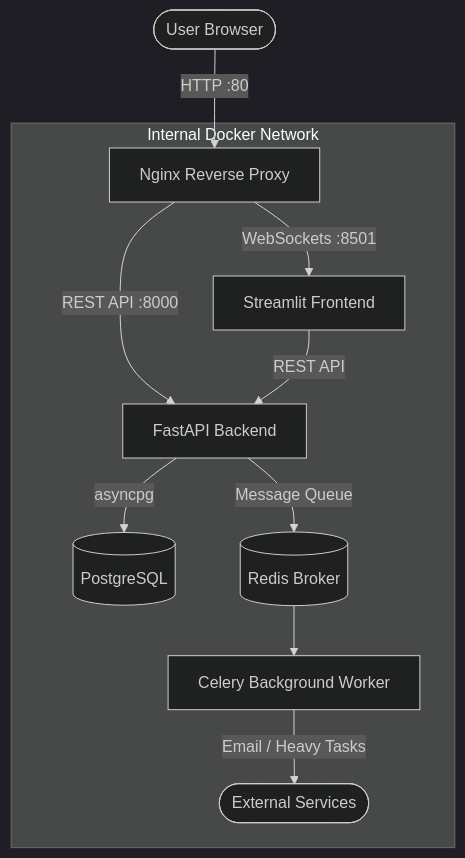
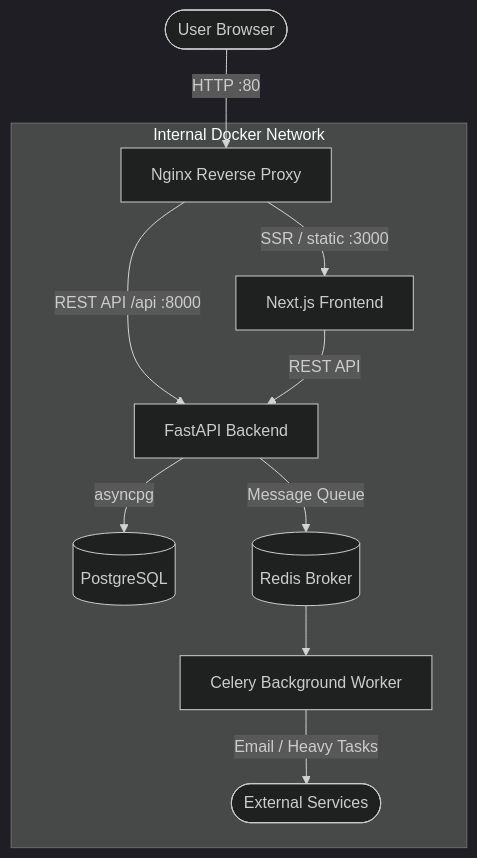
Before and after one commit to AdityaKishore0698/payment-wallet-app: the first of 2 diagrams in README.md, drawn with Mermaid (dark theme). The commit also changed other lines of this file and 1 other file, not shown here.

First line of the commit message:
docs: update README for Next.js; add claude.md progress log

````diff
--- a/README.md
+++ b/README.md
@@ -21,16 +21,16 @@
 ```mermaid
 graph TD
     Client([User Browser]) -->|HTTP :80| Nginx[Nginx Reverse Proxy]
     
     subgraph Internal Docker Network
-        Nginx -->|WebSockets :8501| Streamlit[Streamlit Frontend]
-        Nginx -->|REST API :8000| FastAPI[FastAPI Backend]
+        Nginx -->|SSR / static :3000| NextJS[Next.js Frontend]
+        Nginx -->|REST API /api :8000| FastAPI[FastAPI Backend]
         
-        Streamlit -->|REST API| FastAPI
+        NextJS -->|REST API| FastAPI
         
         FastAPI -->|asyncpg| DB[(PostgreSQL)]
         FastAPI -->|Message Queue| Redis[(Redis Broker)]
         Redis --> Celery[Celery Background Worker]
         Celery -->|Email / Heavy Tasks| External([External Services])
     end
 ```
````
